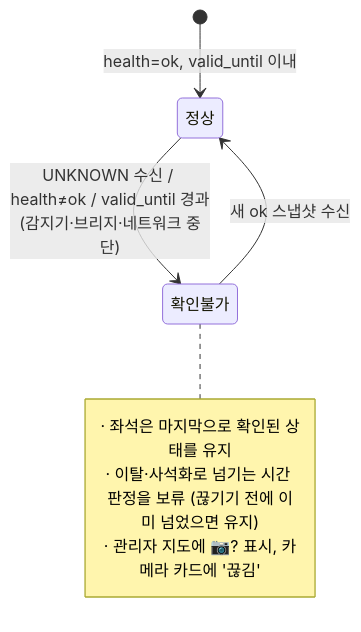
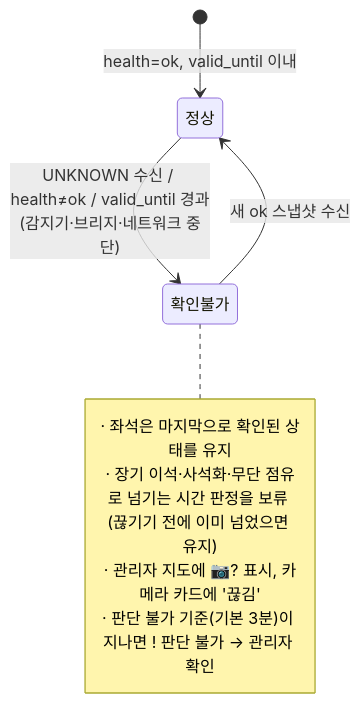
The second of 2 diagrams in docs/DATA_FLOW.md (yugh27194/SeatSync), drawn with Mermaid before and after one commit. The commit also changed other lines of this file and 36 other files, not shown here.

````diff
--- a/docs/DATA_FLOW.md
+++ b/docs/DATA_FLOW.md
@@ -157,11 +160,12 @@
 ```mermaid
 stateDiagram-v2
   [*] --> 정상: health=ok, valid_until 이내
   정상 --> 확인불가: UNKNOWN 수신 / health≠ok / valid_until 경과(감지기·브리지·네트워크 중단)
   확인불가 --> 정상: 새 ok 스냅샷 수신
   note right of 확인불가
     · 좌석은 마지막으로 확인된 상태를 유지
-    · 이탈·사석화로 넘기는 시간 판정을 보류 (끊기기 전에 이미 넘었으면 유지)
+    · 장기 이석·사석화·무단 점유로 넘기는 시간 판정을 보류 (끊기기 전에 이미 넘었으면 유지)
     · 관리자 지도에 📷? 표시, 카메라 카드에 '끊김'
+    · 판단 불가 기준(기본 3분)이 지나면 ! 판단 불가 → 관리자 확인
   end note
 ```
````
